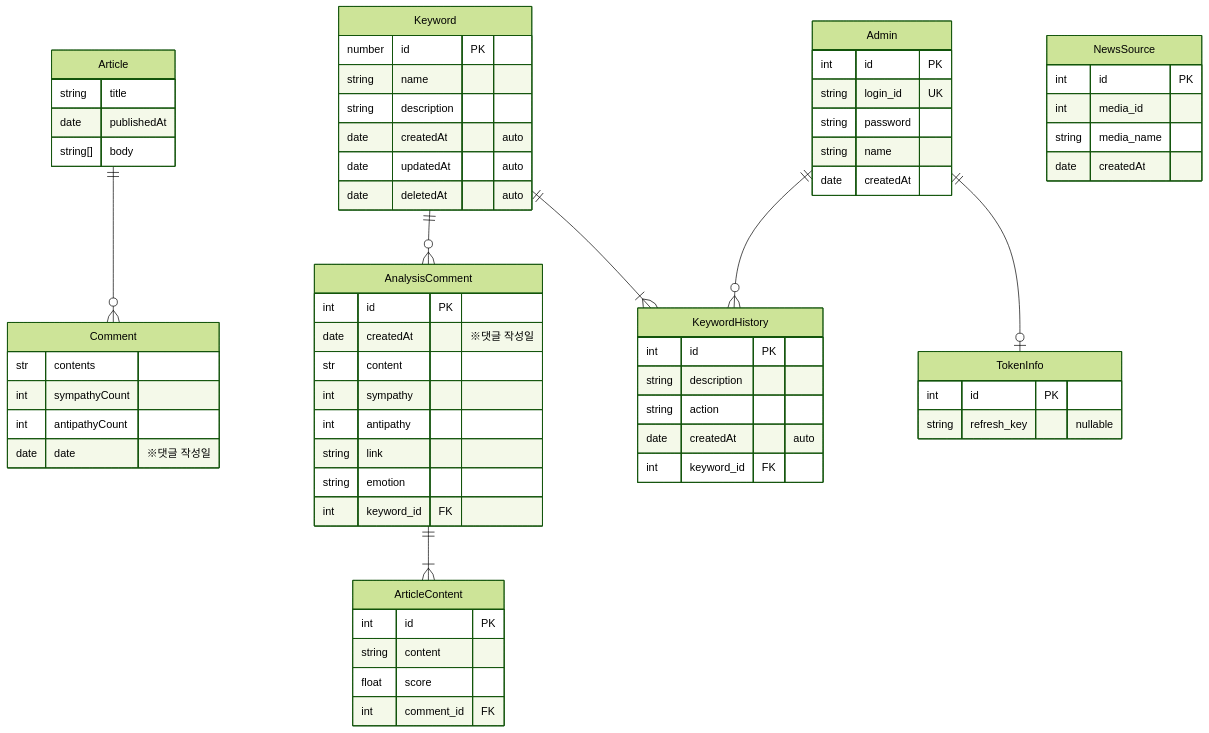
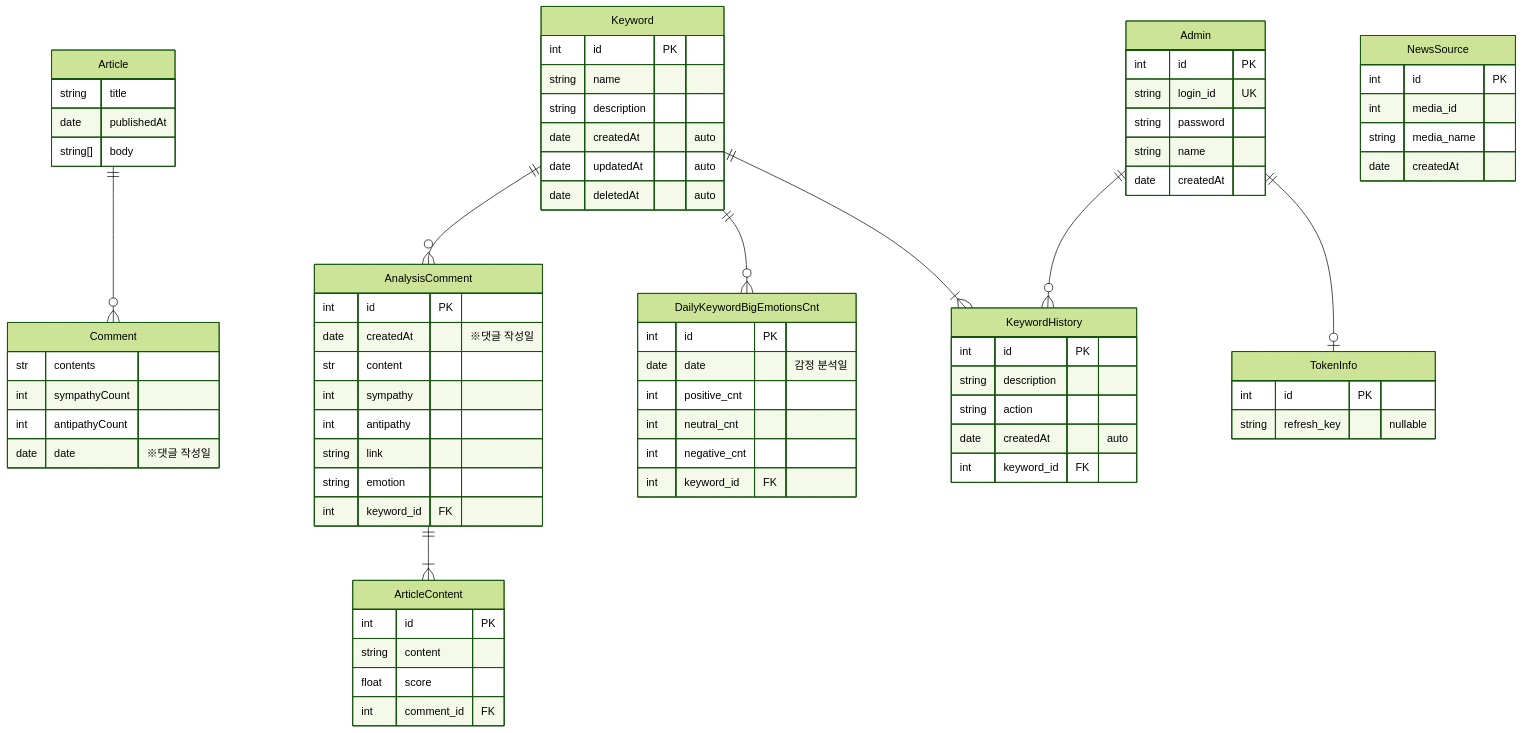
The diagram in backend/server/docs/ERD.md (CSID-DGU/2023-02-CECD2-4), drawn with Mermaid (forest theme) before and after one commit. The commit also changed other lines of this file and 10 other files, not shown here.

First line of the commit message:
feat: DailyKeywordBigEmotionsCount 관련 기능 추가

````diff
--- a/backend/server/docs/ERD.md
+++ b/backend/server/docs/ERD.md
@@ -34,12 +34,21 @@
     }
     
     Keyword {
-      number id PK
+      int id PK
       string name
       string description
       date createdAt "auto"
       date updatedAt "auto"
       date deletedAt "auto"
+    }
+
+    DailyKeywordBigEmotionsCnt {
+      int id PK
+      date date "감정 분석일"
+      int positive_cnt
+      int neutral_cnt
+      int negative_cnt
+      int keyword_id FK
     }
 
     KeywordHistory {
@@ -71,5 +80,6 @@
     Article ||--o{ Comment: ""
     Keyword ||--o{ AnalysisComment: ""
     Keyword ||--|{ KeywordHistory: ""
+    Keyword ||--o{ DailyKeywordBigEmotionsCnt:""
     AnalysisComment ||--|{ ArticleContent: ""
 ```
````
